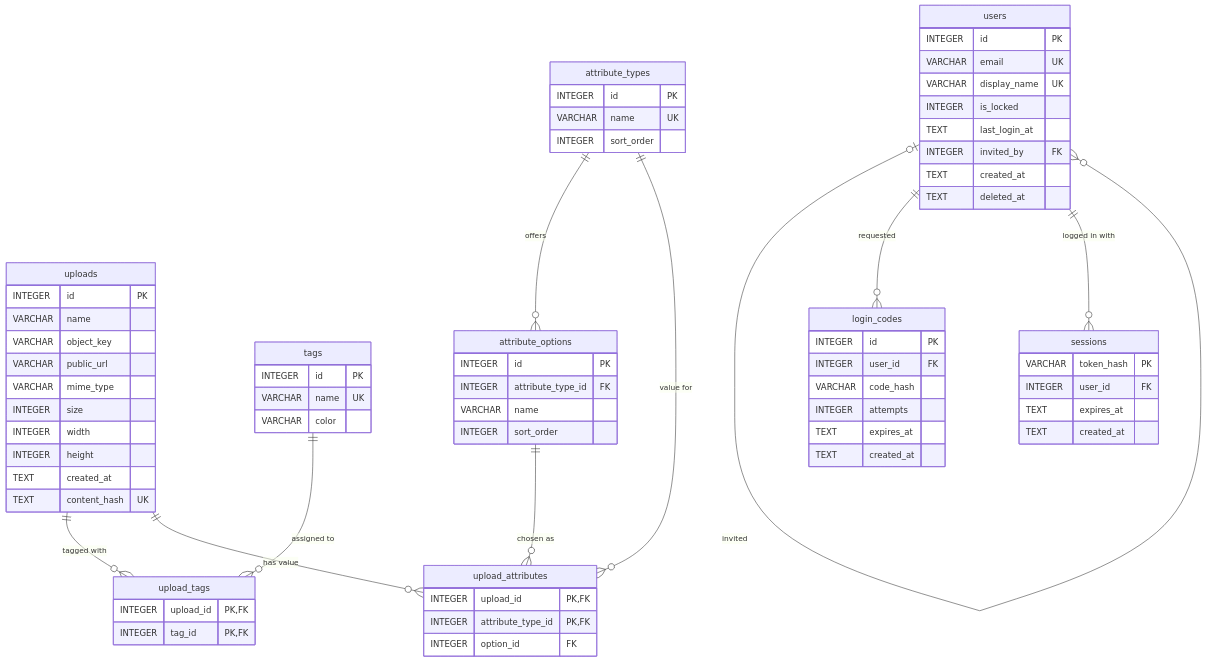
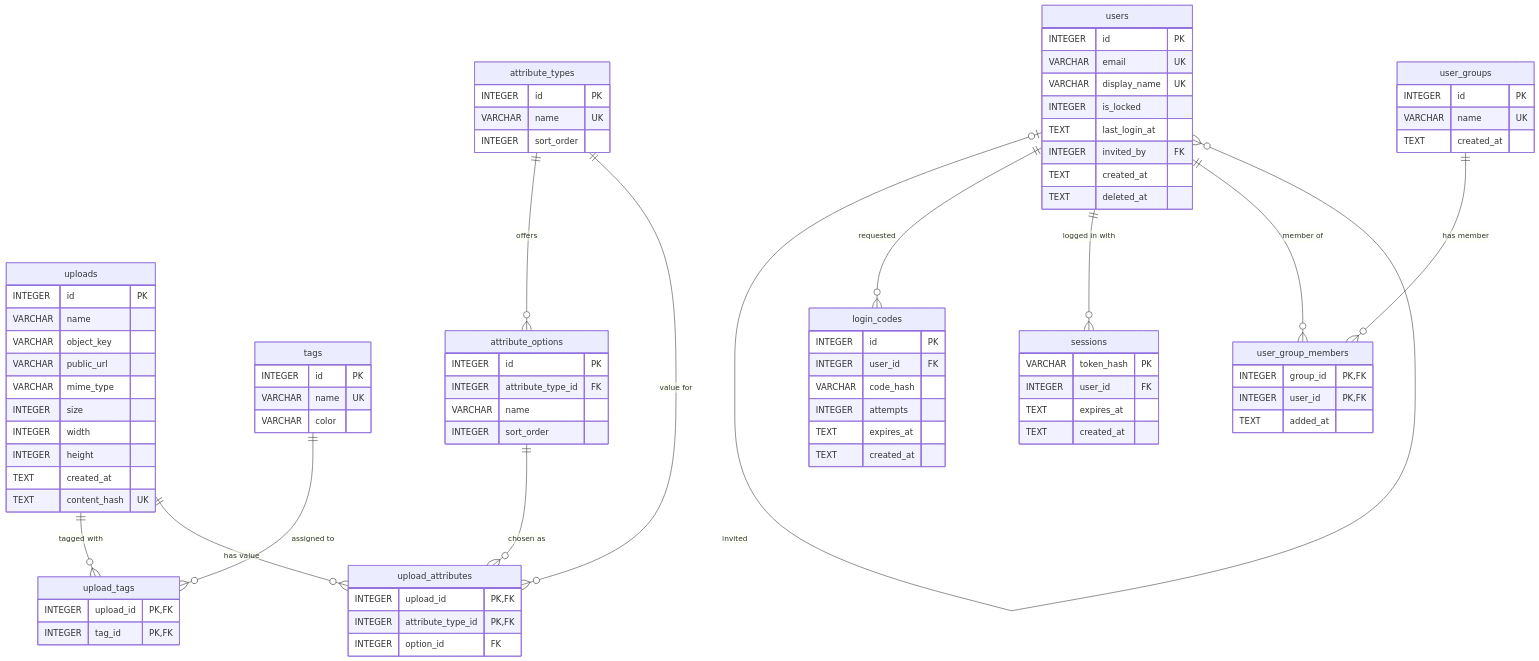
The diagram in app-node/docs/data-model.md (weedukind/muenzquell-galerie-admin), drawn with Mermaid before and after one commit. The commit also changed other lines of this file and 17 other files, not shown here.

First line of the commit message:
Put users into groups

````diff
--- a/app-node/docs/data-model.md
+++ b/app-node/docs/data-model.md
@@ -13,6 +13,8 @@
     users |o--o{ users : "invited"
     users ||--o{ login_codes : "requested"
     users ||--o{ sessions : "logged in with"
+    users ||--o{ user_group_members : "member of"
+    user_groups ||--o{ user_group_members : "has member"
 
     uploads {
         INTEGER id PK
@@ -75,4 +77,14 @@
         TEXT expires_at
         TEXT created_at
     }
+    user_groups {
+        INTEGER id PK
+        VARCHAR name UK
+        TEXT created_at
+    }
+    user_group_members {
+        INTEGER group_id PK, FK
+        INTEGER user_id PK, FK
+        TEXT added_at
+    }
 ```
````
